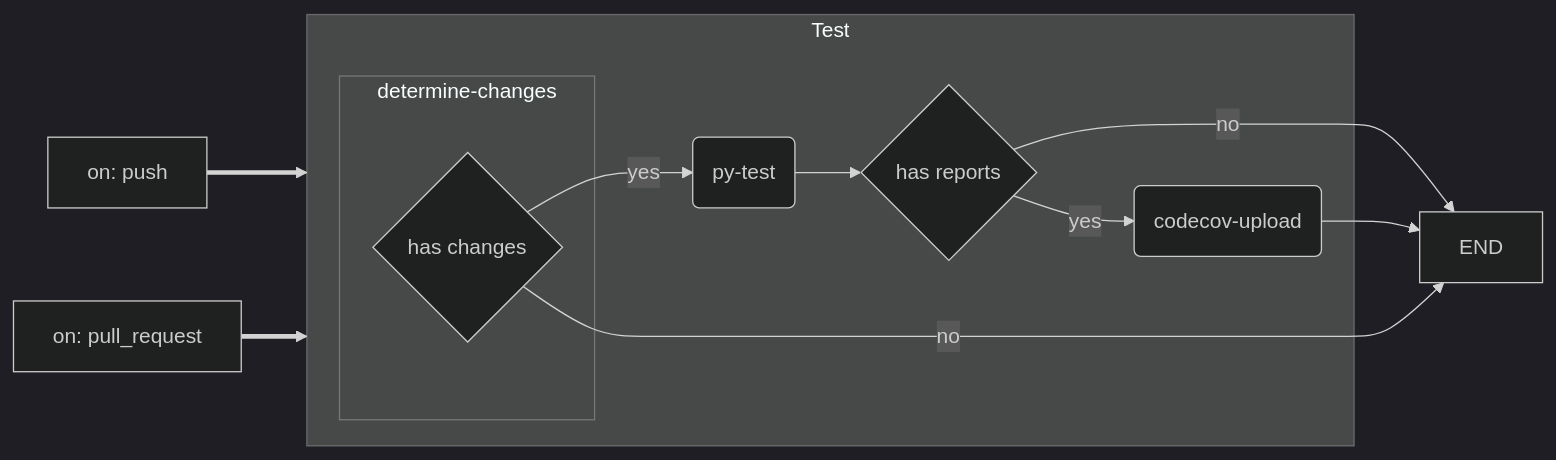
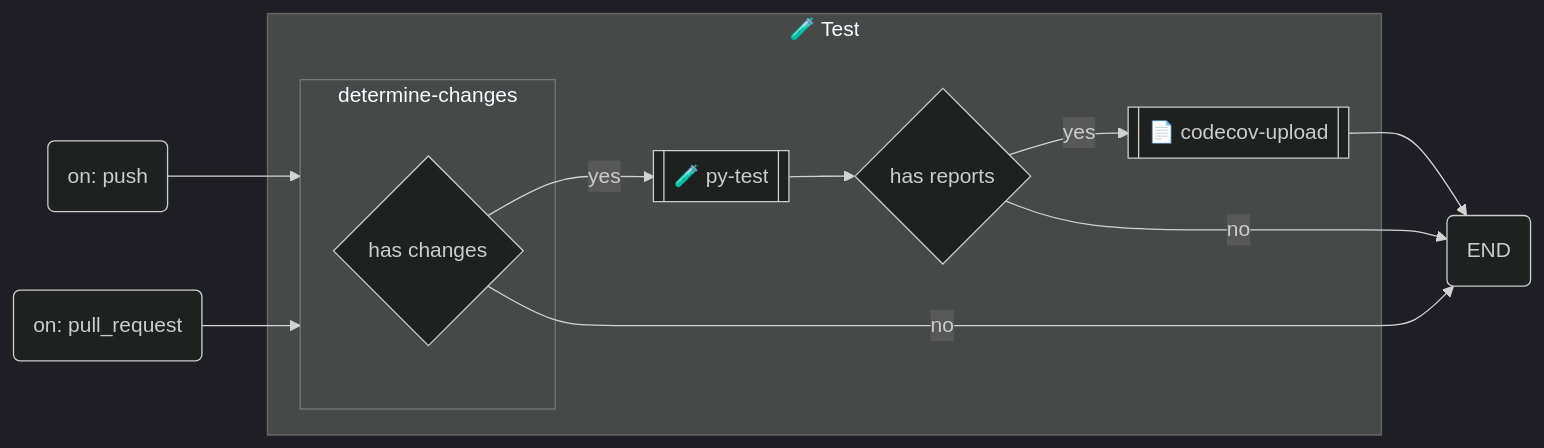
One commit to Hasenpfote/github-actions-testing changed the second of 3 diagrams in .github/workflows.md. Above: the diagram before and after it, drawn with Mermaid (dark theme). The commit also changed other lines of this file, not shown here.

````diff
--- a/.github/workflows.md
+++ b/.github/workflows.md
@@ -38,29 +33,26 @@
 ```mermaid
 flowchart LR
-  push[on: push]
-  pr[on: pull_request]
+  push(on: push)
+  pr(on: pull_request)
 
-  subgraph Test
+  subgraph "🧪 Test"
     subgraph determine-changes
       cond1{has changes}
     end
 
-    py-test(py-test)
+    py-test[["🧪 py-test"]]
     cond2{has reports}
-    codecov-upload(codecov-upload)
+    codecov-upload[["📄 codecov-upload"]]
 
     cond1 --> |yes| py-test
     py-test --> cond2
     cond2 --> |yes| codecov-upload
   end
 
-  End[END]
+  End(END)
 
-  push ==> Test
-  pr ==> Test
+  push & pr --> determine-changes
 
-  cond2 --> |no| End
   codecov-upload --> End
-
-  cond1 --> |no| End
+  cond1 & cond2 --> |no| End
 ```
````
